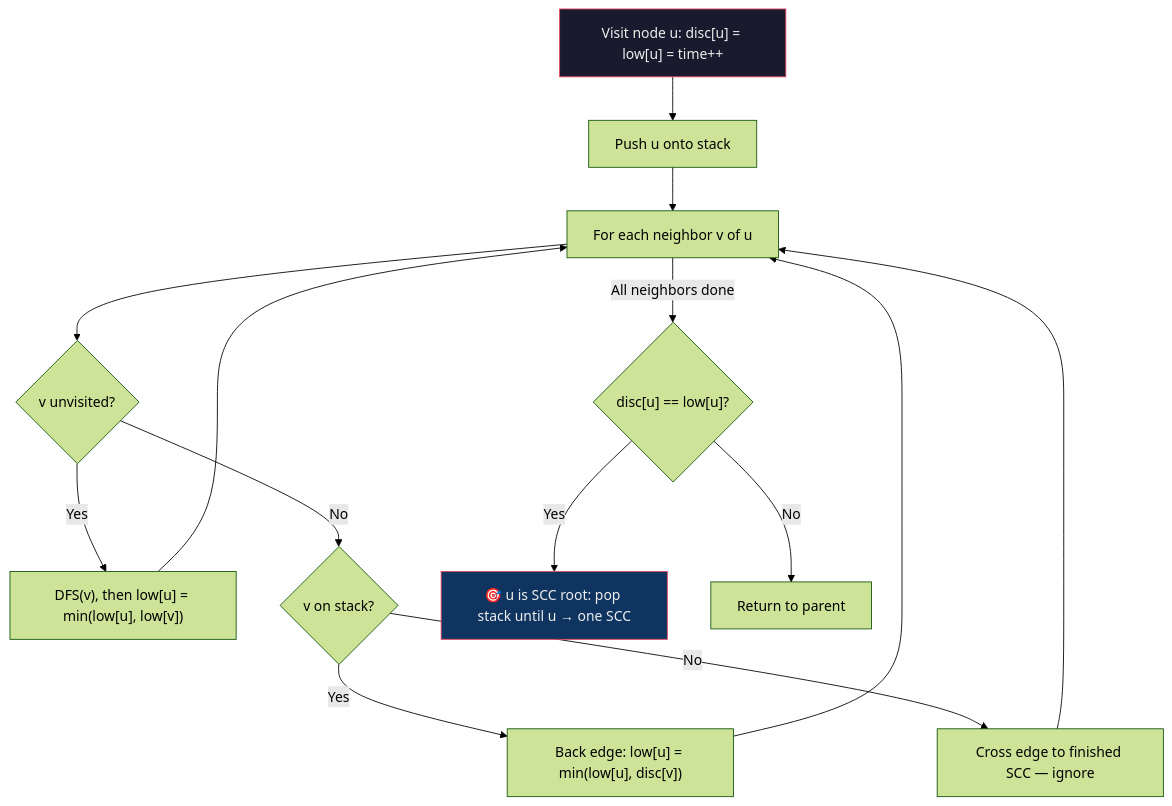
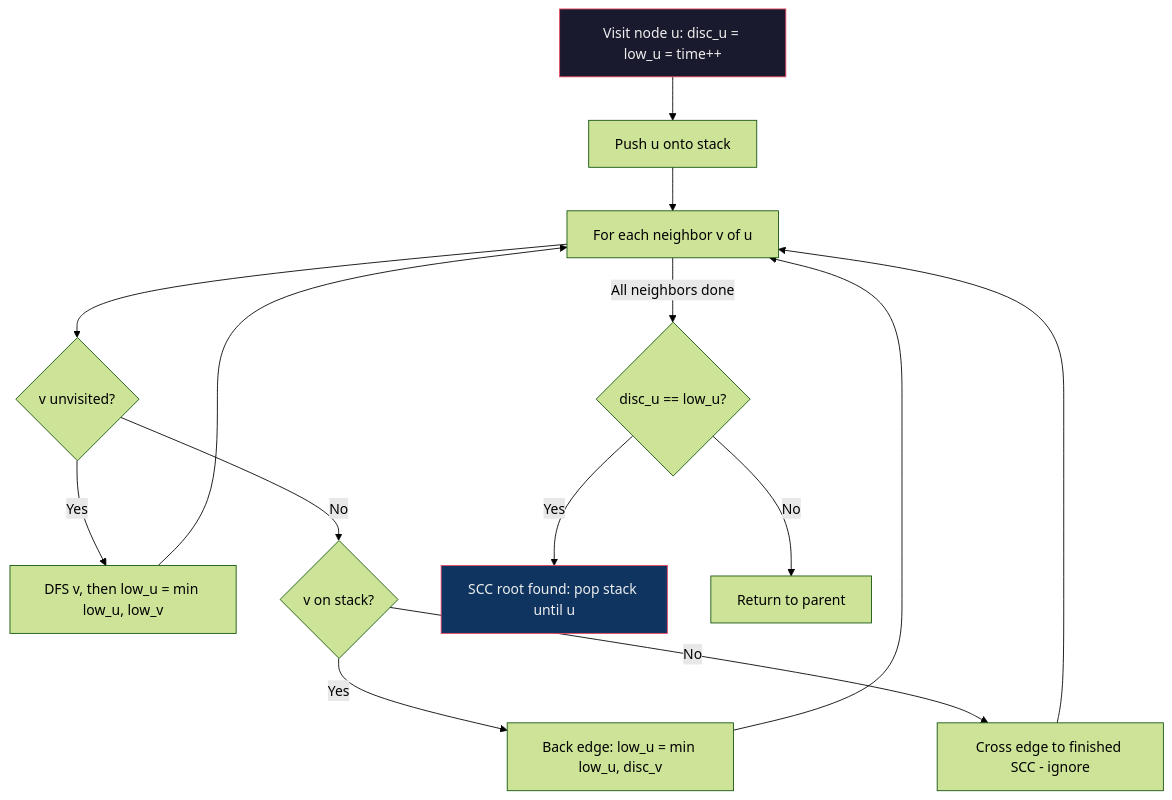
One commit to istaari/Leetcode changed diagram 14 of 17 in notes/Graph.md. Above: the diagram before and after it, drawn with Mermaid (forest theme). The commit also changed other lines of this file and 12 other files, not shown here.

````diff
--- a/notes/Graph.md
+++ b/notes/Graph.md
@@ -1615,19 +1615,19 @@
 ```mermaid
 graph TD
-    A["Visit node u: disc[u] = low[u] = time++"] --> B["Push u onto stack"]
+    A["Visit node u: disc_u = low_u = time++"] --> B["Push u onto stack"]
     B --> C["For each neighbor v of u"]
     C --> D{"v unvisited?"}
-    D -- "Yes" --> E["DFS(v), then low[u] = min(low[u], low[v])"]
+    D -- "Yes" --> E["DFS v, then low_u = min low_u, low_v"]
     D -- "No" --> F{"v on stack?"}
-    F -- "Yes" --> G["Back edge: low[u] = min(low[u], disc[v])"]
-    F -- "No" --> H["Cross edge to finished SCC — ignore"]
+    F -- "Yes" --> G["Back edge: low_u = min low_u, disc_v"]
+    F -- "No" --> H["Cross edge to finished SCC - ignore"]
     E --> C
     G --> C
     H --> C
-    C -- "All neighbors done" --> I{"disc[u] == low[u]?"}
-    I -- "Yes" --> J["🎯 u is SCC root: pop stack until u → one SCC"]
+    C -- "All neighbors done" --> I{"disc_u == low_u?"}
+    I -- "Yes" --> J["SCC root found: pop stack until u"]
     I -- "No" --> K["Return to parent"]
 
     style A fill:#1a1a2e,stroke:#e94560,color:#eee
     style J fill:#0f3460,stroke:#e94560,color:#eee
 ```
````
